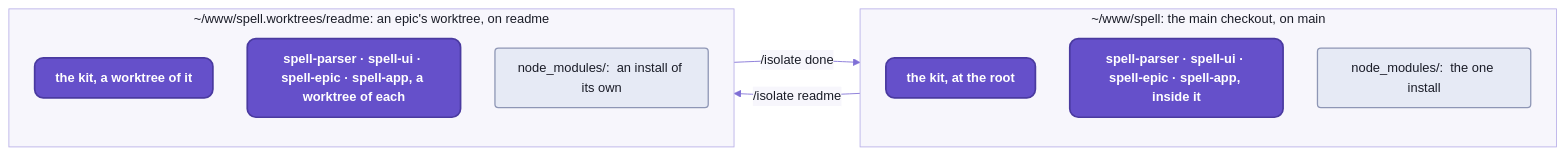
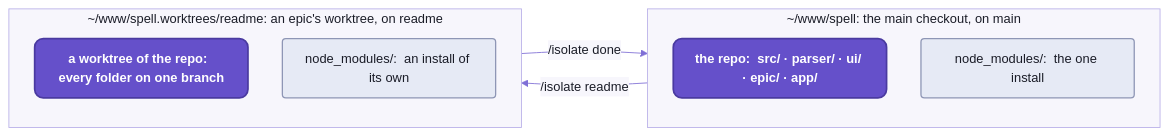
One commit to spell-app/spell changed the diagram in README-development.md. Above: the diagram before and after it, drawn with Mermaid. The commit also changed other lines of this file and 12 other files, not shown here.

Commit message:
repo-split T:  the kit's README for one repo -- one clone, one install, its folders, not child repos;  the repos picture redrawn;  the root's README-*.md pages too (development, toolchain, server, agents, cli, util);  the language commands' no-app message names no yarn clone

````diff
--- a/README-development.md
+++ b/README-development.md
@@ -259,22 +235,20 @@
 ```mermaid
 %%{init: {"theme":"base","themeVariables":{"fontFamily":"-apple-system, BlinkMacSystemFont, Segoe UI, Helvetica, Arial, sans-serif","fontSize":"15px","primaryColor":"#EFECFB","primaryBorderColor":"#6550CA","primaryTextColor":"#1A1C27","secondaryColor":"#F4F1E9","tertiaryColor":"#F7F6FC","lineColor":"#7F6FD6","textColor":"#7F6FD6","clusterBkg":"#F7F6FC","clusterBorder":"#B9B0E8","titleColor":"#1A1C27","edgeLabelBackground":"#F7F6FC","actorBkg":"#EFECFB","actorBorder":"#6550CA","actorTextColor":"#1A1C27","actorLineColor":"#9C90DE","signalColor":"#7F6FD6","signalTextColor":"#7F6FD6","labelBoxBkgColor":"#EFECFB","labelBoxBorderColor":"#6550CA","labelTextColor":"#1A1C27","loopTextColor":"#7F6FD6","noteBkgColor":"#F1E7D4","noteBorderColor":"#C9B48A","noteTextColor":"#1A1C27","activationBkgColor":"#DCD6F7","activationBorderColor":"#6550CA","sequenceNumberColor":"#FFFFFF"},"flowchart":{"curve":"basis","padding":12,"nodeSpacing":40,"rankSpacing":44}}}%%
 flowchart LR
   subgraph main["~/www/spell:  the main checkout, on main"]
-    kit1["the kit, at the root"]
-    kids1["spell-parser · spell-ui · spell-epic · spell-app, inside it"]
+    kit1["the repo:  src/ · parser/ · ui/ · epic/ · app/"]
     nm1["node_modules/:  the one install"]
   end
   subgraph wt["~/www/spell.worktrees/readme:  an epic's worktree, on readme"]
-    kit2["the kit, a worktree of it"]
-    kids2["spell-parser · spell-ui · spell-epic · spell-app, a worktree of each"]
+    kit2["a worktree of the repo:  every folder on one branch"]
     nm2["node_modules/:  an install of its own"]
   end
   main -- "/isolate readme" --> wt
   wt -- "/isolate done" --> main
   %% the Spell look:  yarn mermaid:pretty
   classDef default fill:#EFECFB,stroke:#6550CA,stroke-width:1.5px,color:#1A1C27,rx:8px,ry:8px
   classDef repo fill:#6550CA,stroke:#4A3AA0,stroke-width:2px,color:#FFFFFF,rx:10px,ry:10px,font-weight:600
   classDef folder fill:#E6EAF5,stroke:#8E96B5,stroke-width:1.5px,color:#1A1C27,rx:4px,ry:4px
-  class kit1,kids1,kit2,kids2 repo
+  class kit1,kit2 repo
   class nm1,nm2 folder
 ```
````
